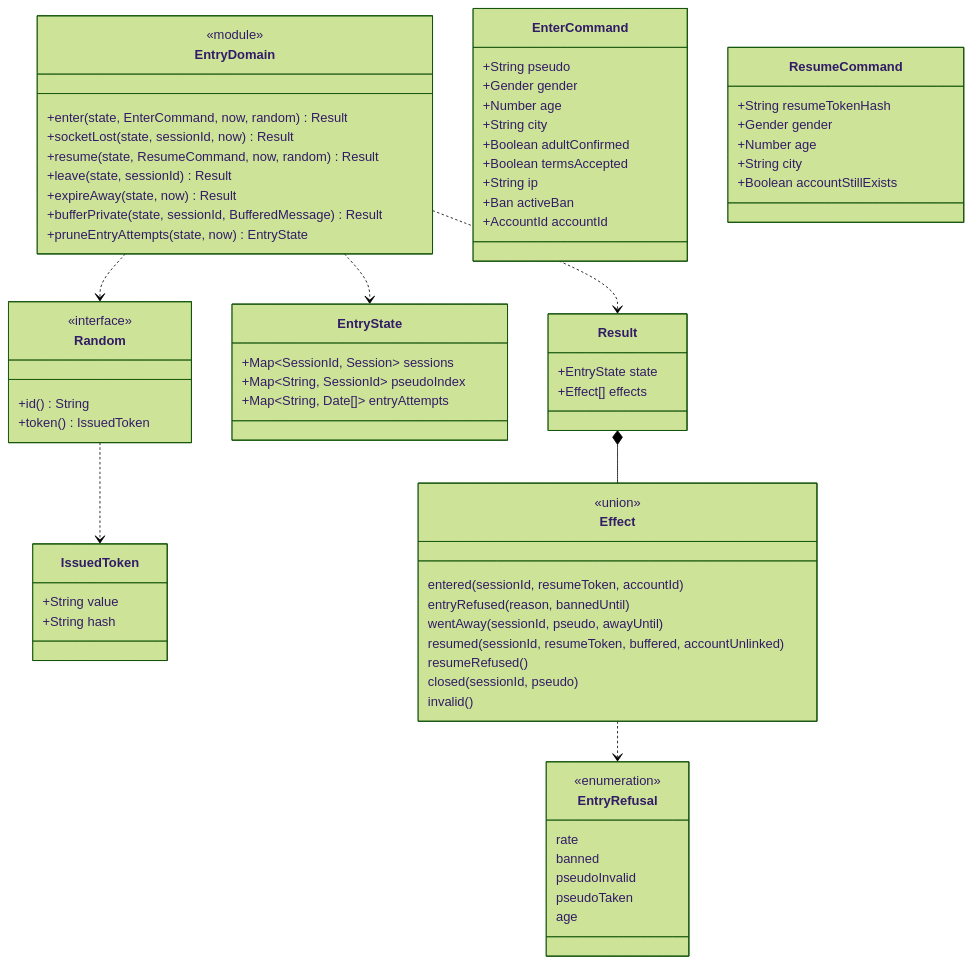
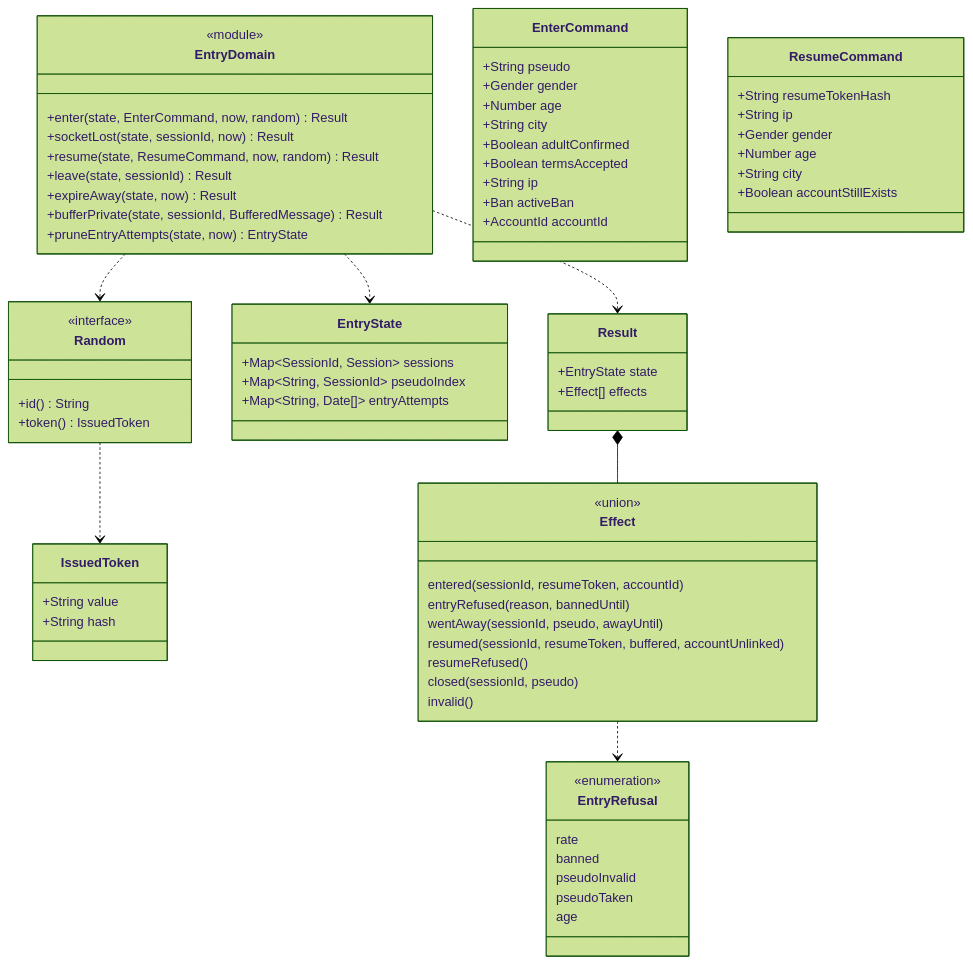
The diagram in docs/architecture/diagrams/entry/07-class-domain-api.md (benoit-bremaud/asv), drawn with Mermaid (forest theme) before and after one commit. The commit also changed other lines of this file and 2 other files, not shown here.

````diff
--- a/docs/architecture/diagrams/entry/07-class-domain-api.md
+++ b/docs/architecture/diagrams/entry/07-class-domain-api.md
@@ -16,73 +16,74 @@
 ```mermaid
 classDiagram
   class EntryDomain {
     <<module>>
     +enter(state, EnterCommand, now, random) Result
     +socketLost(state, sessionId, now) Result
     +resume(state, ResumeCommand, now, random) Result
     +leave(state, sessionId) Result
     +expireAway(state, now) Result
     +bufferPrivate(state, sessionId, BufferedMessage) Result
     +pruneEntryAttempts(state, now) EntryState
   }
   class Random {
     <<interface>>
     +id() String
     +token() IssuedToken
   }
   class IssuedToken {
     +String value
     +String hash
   }
   class EntryState {
     +Map~SessionId, Session~ sessions
     +Map~String, SessionId~ pseudoIndex
     +Map~String, Date[]~ entryAttempts
   }
   class EnterCommand {
     +String pseudo
     +Gender gender
     +Number age
     +String city
     +Boolean adultConfirmed
     +Boolean termsAccepted
     +String ip
     +Ban activeBan
     +AccountId accountId
   }
   class ResumeCommand {
     +String resumeTokenHash
+    +String ip
     +Gender gender
     +Number age
     +String city
     +Boolean accountStillExists
   }
   class Result {
     +EntryState state
     +Effect[] effects
   }
   class Effect {
     <<union>>
     entered(sessionId, resumeToken, accountId)
     entryRefused(reason, bannedUntil)
     wentAway(sessionId, pseudo, awayUntil)
     resumed(sessionId, resumeToken, buffered, accountUnlinked)
     resumeRefused()
     closed(sessionId, pseudo)
     invalid()
   }
   class EntryRefusal {
     <<enumeration>>
     rate
     banned
     pseudoInvalid
     pseudoTaken
     age
   }
   EntryDomain ..> Random
   EntryDomain ..> EntryState
   EntryDomain ..> Result
   Random ..> IssuedToken
   Result *-- Effect
   Effect ..> EntryRefusal
 ```
````
